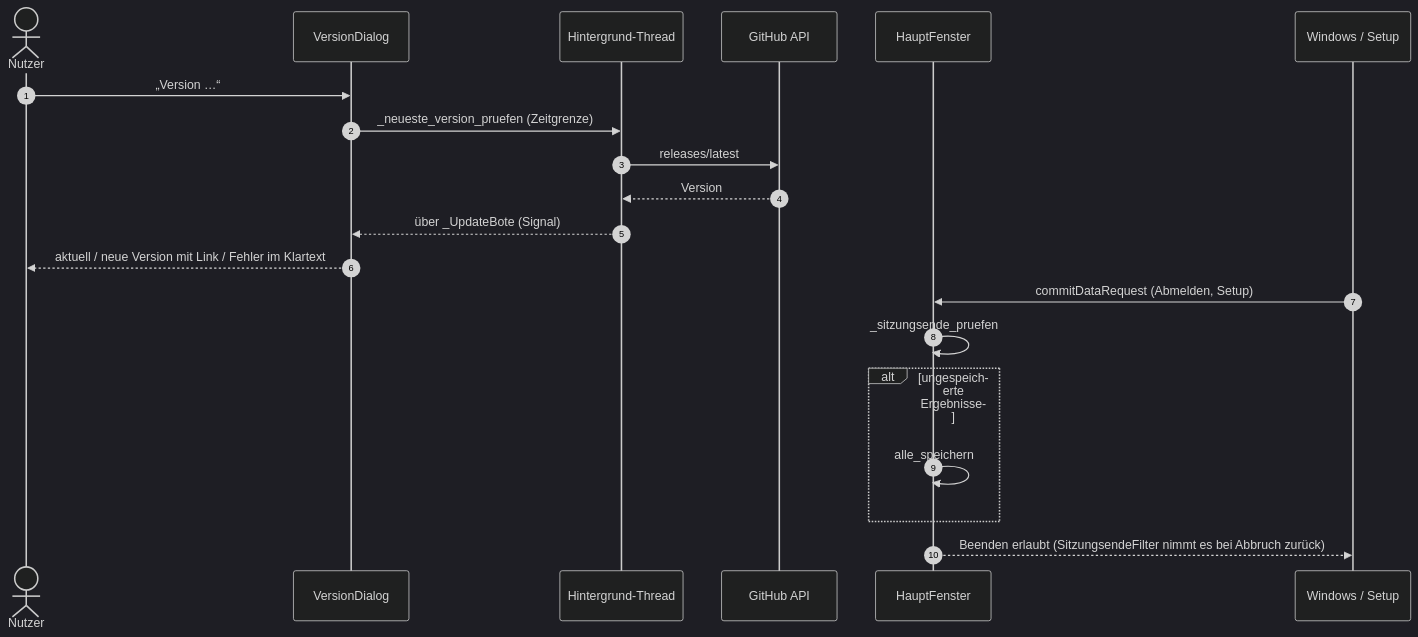
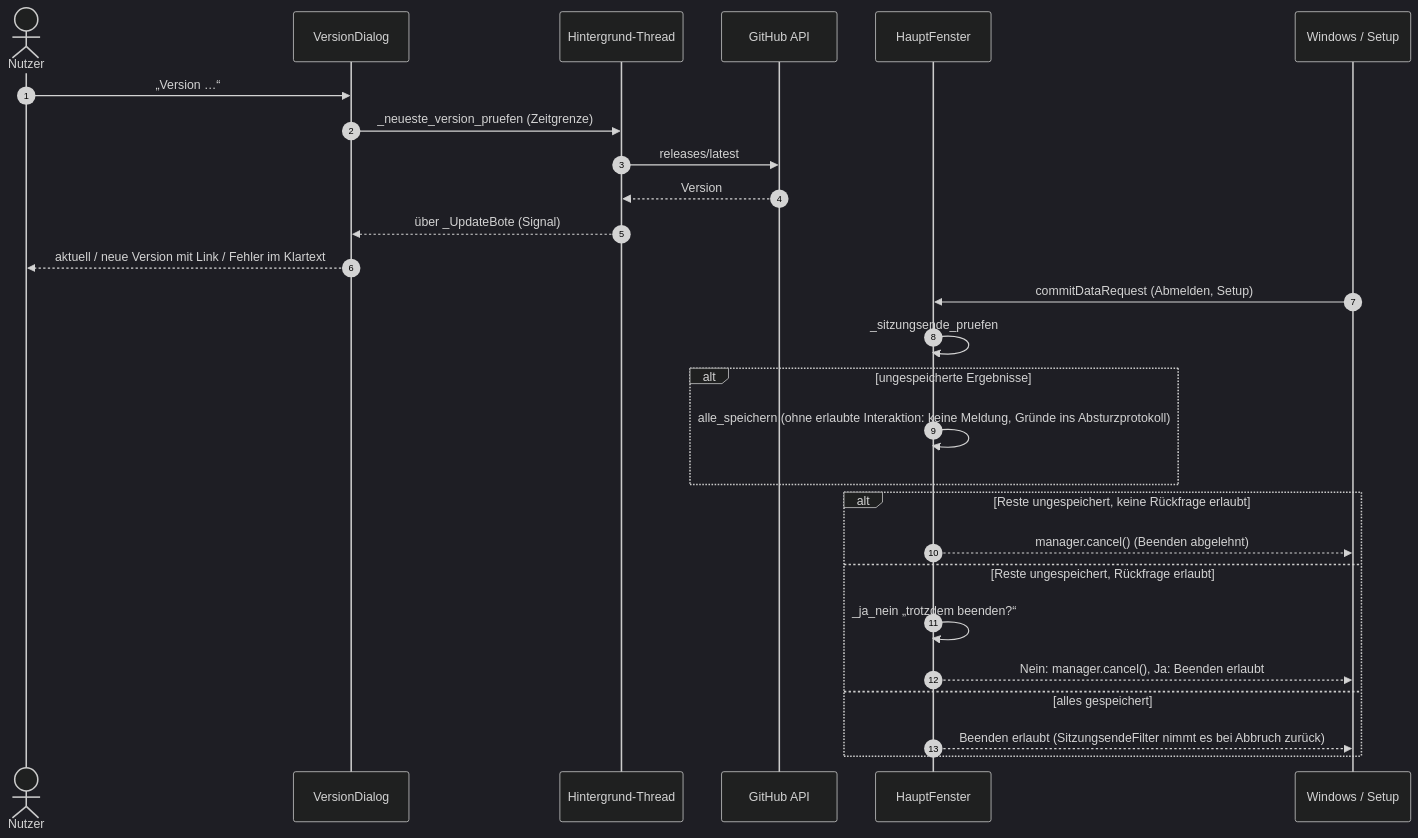
Before and after one commit to mbruver-source/SHS: diagram 12 of 13 in UML.md, drawn with Mermaid (dark theme). The commit also changed 6 other files, not shown here.

First line of the commit message:
Verbesserungen V6: keine Meldungen beim Sitzungsende ohne Interaktion (B5)

````diff
--- a/UML.md
+++ b/UML.md
@@ -574,24 +574,31 @@
 ```mermaid
 sequenceDiagram
     autonumber
     actor N as Nutzer
     participant V as VersionDialog
     participant T as Hintergrund-Thread
     participant GH as GitHub API
     participant H as HauptFenster
     participant OS as Windows / Setup
 
     N->>V: „Version …“
     V->>T: _neueste_version_pruefen (Zeitgrenze)
     T->>GH: releases/latest
     GH-->>T: Version
     T-->>V: über _UpdateBote (Signal)
     V-->>N: aktuell / neue Version mit Link / Fehler im Klartext
 
     OS->>H: commitDataRequest (Abmelden, Setup)
     H->>H: _sitzungsende_pruefen
     alt ungespeicherte Ergebnisse
-        H->>H: alle_speichern
+        H->>H: alle_speichern (ohne erlaubte Interaktion: keine Meldung, Gründe ins Absturzprotokoll)
     end
-    H-->>OS: Beenden erlaubt (SitzungsendeFilter nimmt es bei Abbruch zurück)
+    alt Reste ungespeichert, keine Rückfrage erlaubt
+        H-->>OS: manager.cancel() (Beenden abgelehnt)
+    else Reste ungespeichert, Rückfrage erlaubt
+        H->>H: _ja_nein „trotzdem beenden?“
+        H-->>OS: Nein: manager.cancel(), Ja: Beenden erlaubt
+    else alles gespeichert
+        H-->>OS: Beenden erlaubt (SitzungsendeFilter nimmt es bei Abbruch zurück)
+    end
 ```
````
